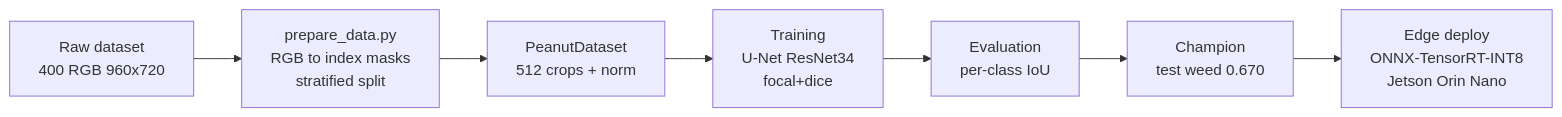
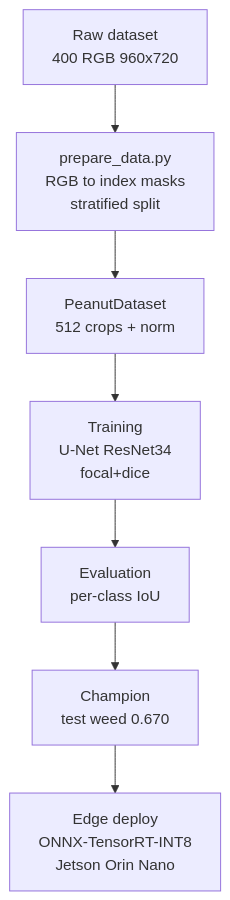
Before and after one commit to alexmnz29/cropweed-seg: the first of 2 diagrams in README.md, drawn with Mermaid.

Commit message:
docs: add project README with pipeline, results, and analysis
- end-to-end overview with Mermaid pipeline and experiment-flow diagrams
- loss study results (focal+dice champion, weed 0.670) and test evaluation
- error analysis gallery and ceiling discussion validated against literature
- scope decisions and reproducibility instructions
- deployment section stubbed pending Jetson work

````diff
--- a/README.md
+++ b/README.md
@@ -14,9 +14,9 @@
 ```mermaid
-flowchart LR
+flowchart TD
     A[Raw dataset<br>400 RGB 960x720] --> B[prepare_data.py<br>RGB to index masks<br>stratified split]
     B --> C[PeanutDataset<br>512 crops + norm]
     C --> D[Training<br>U-Net ResNet34<br>focal+dice]
     D --> E[Evaluation<br>per-class IoU]
     E --> F[Champion<br>test weed 0.670]
     F --> G[Edge deploy<br>ONNX-TensorRT-INT8<br>Jetson Orin Nano]
 ```
````
